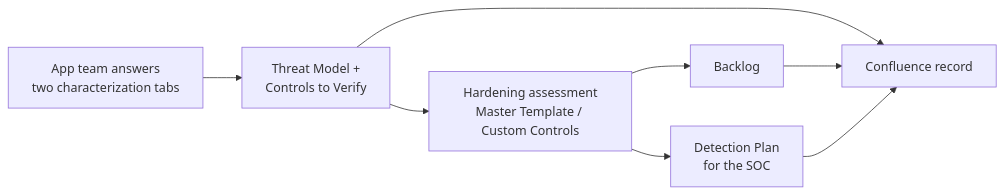
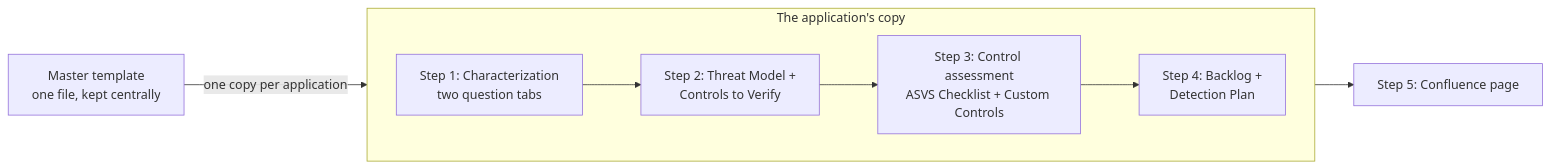
One commit to Zzanoni/app-hardening-baseline changed the diagram in README.md. Above: the diagram before and after it, drawn with Mermaid. The commit also changed other lines of this file and 7 other files, not shown here.

First line of the commit message:
Rename sheet 'Master Template' to 'ASVS Checklist' and clarify the README flow

````diff
--- a/README.md
+++ b/README.md
@@ -36,10 +39,11 @@
 ```mermaid
 flowchart LR
-  T[App team answers<br/>two characterization tabs] --> M[Threat Model +<br/>Controls to Verify]
-  M --> H[Hardening assessment<br/>Master Template / Custom Controls]
-  H --> B[Backlog]
-  H --> D[Detection Plan<br/>for the SOC]
-  M --> C[Confluence record]
-  B --> C
-  D --> C
+  M[Master template<br/>one file, kept centrally] -->|one copy per application| C
+  subgraph C[The application's copy]
+    direction LR
+    A[Step 1: Characterization<br/>two question tabs] --> T[Step 2: Threat Model +<br/>Controls to Verify]
+    T --> H[Step 3: Control assessment<br/>ASVS Checklist + Custom Controls]
+    H --> B[Step 4: Backlog +<br/>Detection Plan]
+  end
+  C --> P[Step 5: Confluence page]
 ```
````
